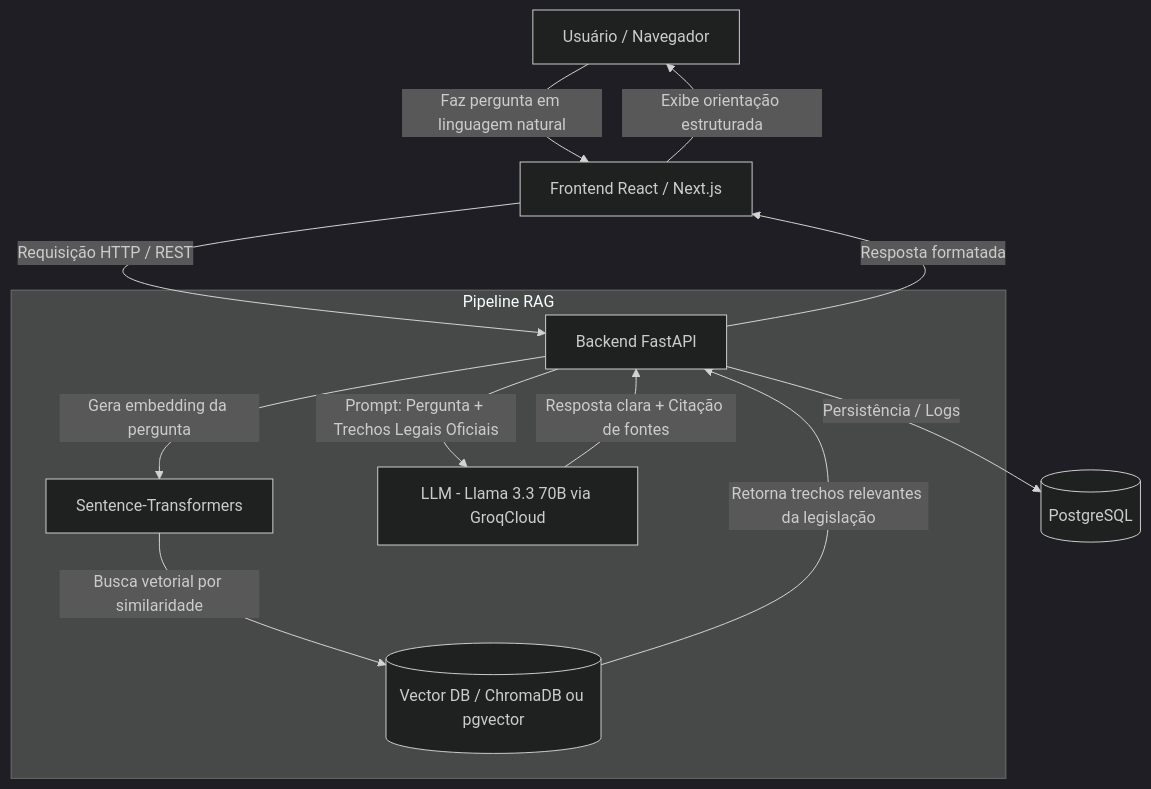
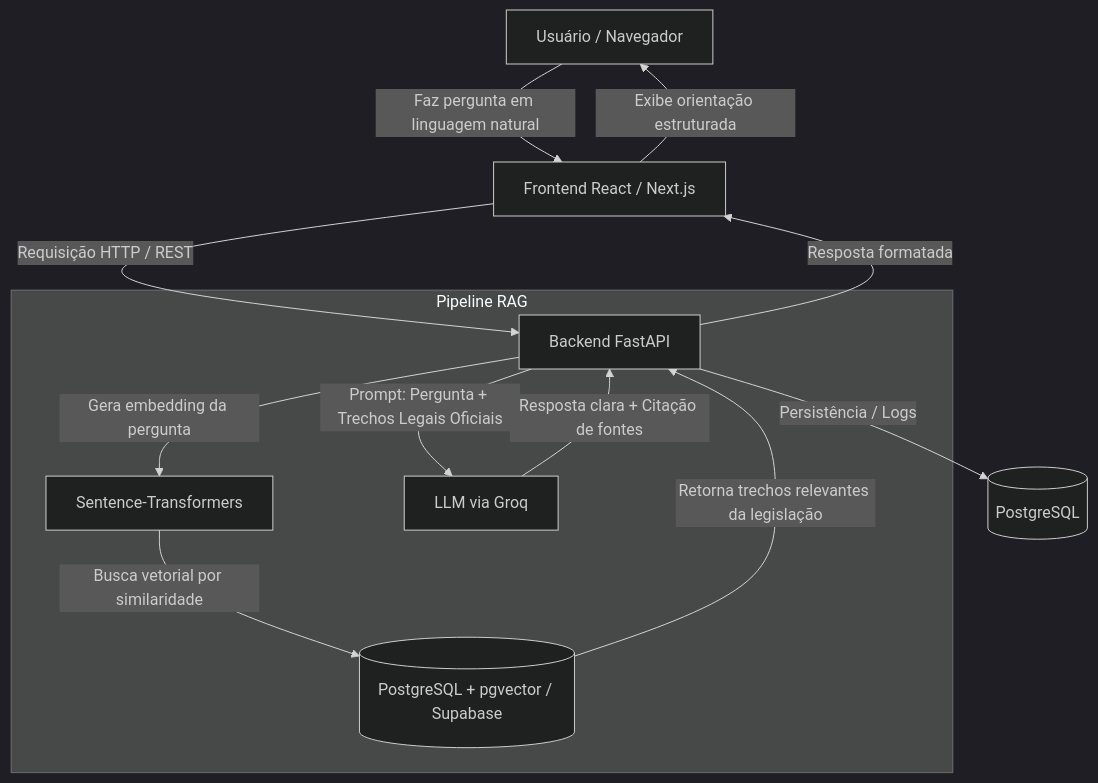
One commit to GabrielaGavi/assistente-ia-direitos-trabalhistas changed the diagram in README.md. Above: the diagram before and after it, drawn with Mermaid (dark theme). The commit also changed other lines of this file and 35 other files, not shown here.

````diff
--- a/README.md
+++ b/README.md
@@ -67,17 +67,17 @@
 ```mermaid
 flowchart TD
     A[Usuário / Navegador] -->|Faz pergunta em linguagem natural| B[Frontend React / Next.js]
     B -->|Requisição HTTP / REST| C[Backend FastAPI]
     
     subgraph Pipeline RAG
         C -->|Gera embedding da pergunta| D[Sentence-Transformers]
-        D -->|Busca vetorial por similaridade| E[(Vector DB / ChromaDB ou pgvector)]
+        D -->|Busca vetorial por similaridade| E[(PostgreSQL + pgvector / Supabase)]
         E -->|Retorna trechos relevantes da legislação| C
-        C -->|Prompt: Pergunta + Trechos Legais Oficiais| F[LLM - Llama 3.3 70B via GroqCloud]
+        C -->|Prompt: Pergunta + Trechos Legais Oficiais| F[LLM via Groq]
         F -->|Resposta clara + Citação de fontes| C
     end
 
     C -->|Persistência / Logs| G[(PostgreSQL)]
     C -->|Resposta formatada| B
     B -->|Exibe orientação estruturada| A
 ```
````
